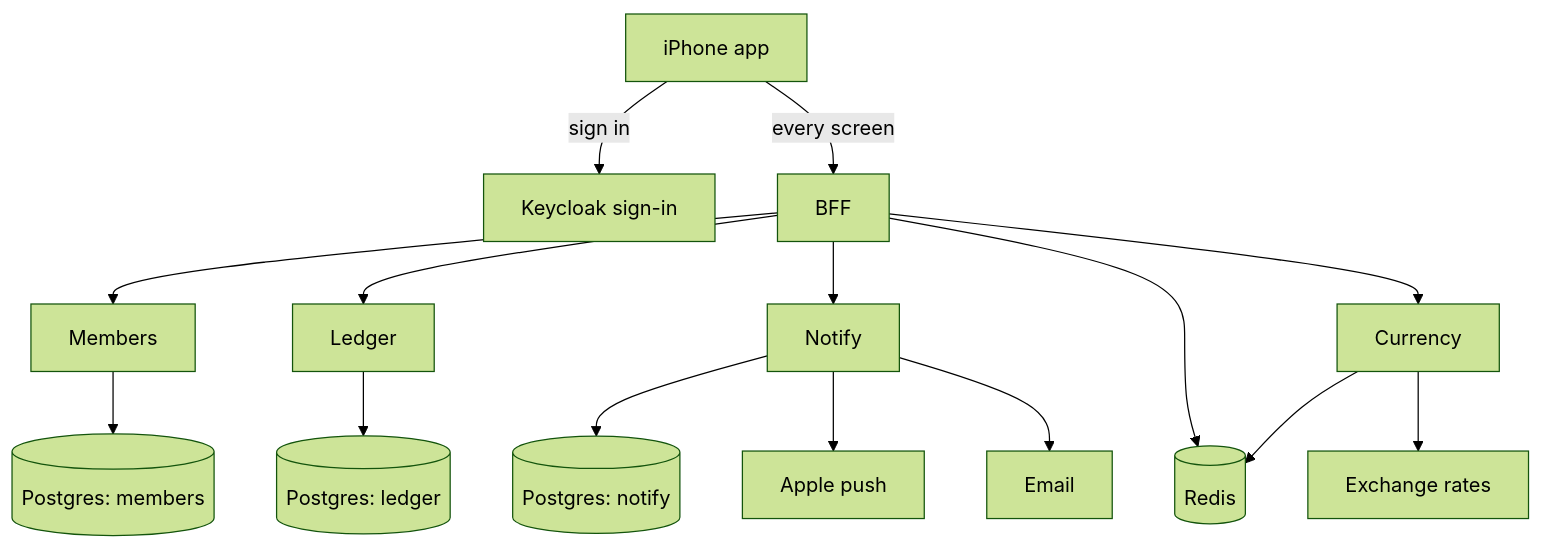
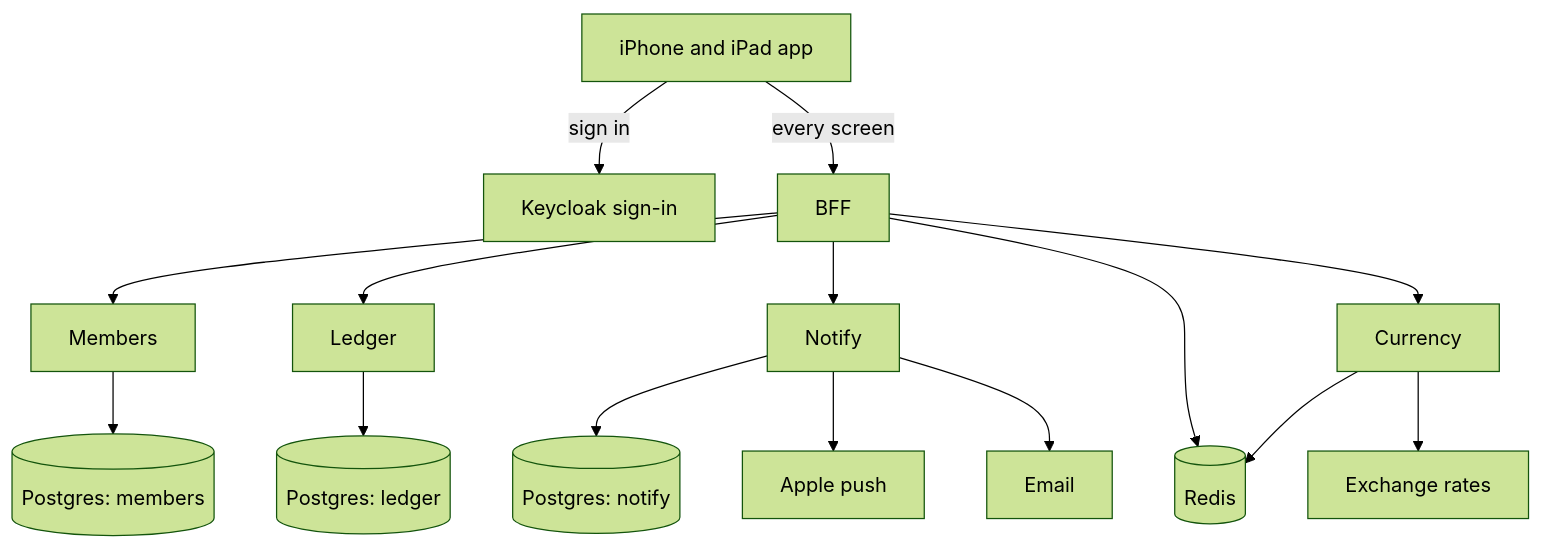
Before and after one commit to ravialdyh/my-money-recap-monorepo: the first of 2 diagrams in README.md, drawn with Mermaid (forest theme). The commit also changed other lines of this file, not shown here.

Commit message:
docs: use glossary terms, keep iPad, and list the unbound spend.deleted event

````diff
--- a/README.md
+++ b/README.md
@@ -56,31 +56,31 @@
 ```mermaid
 flowchart TD
-    app["iPhone app"]
+    app["iPhone and iPad app"]
     keycloak["Keycloak sign-in"]
     bff["BFF"]
     members["Members"]
     ledger["Ledger"]
     notify["Notify"]
     currency["Currency"]
     mdb[("Postgres: members")]
     ldb[("Postgres: ledger")]
     ndb[("Postgres: notify")]
     redis[("Redis")]
     apple["Apple push"]
     mail["Email"]
     rates["Exchange rates"]
     app -- "sign in" --> keycloak
     app -- "every screen" --> bff
     bff --> members
     bff --> ledger
     bff --> notify
     bff --> currency
     bff --> redis
     members --> mdb
     ledger --> ldb
     notify --> ndb
     currency --> redis
     notify --> apple
     notify --> mail
     currency --> rates
 ```
````
